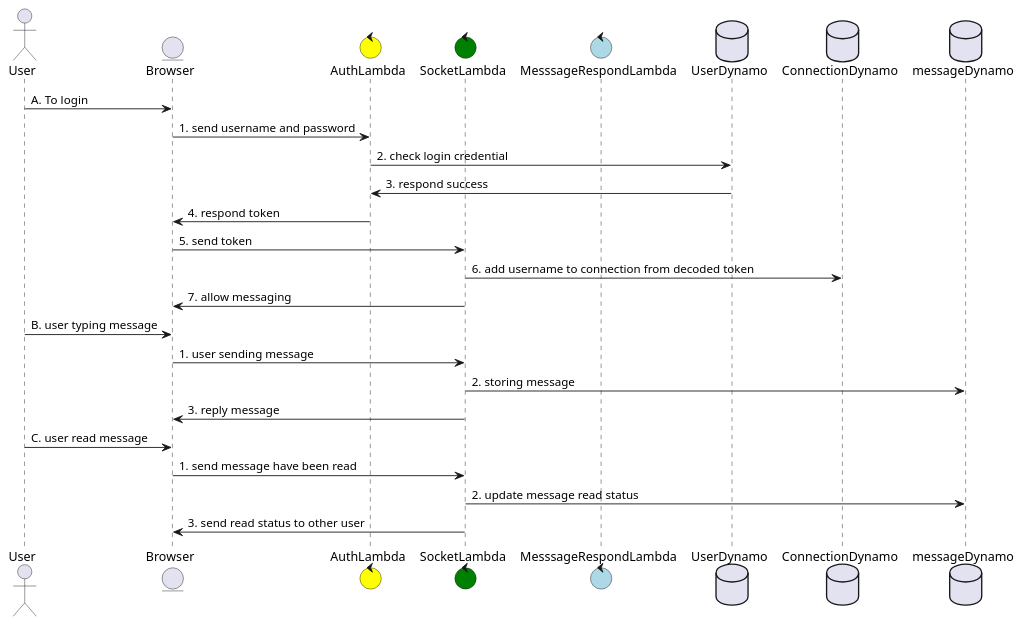
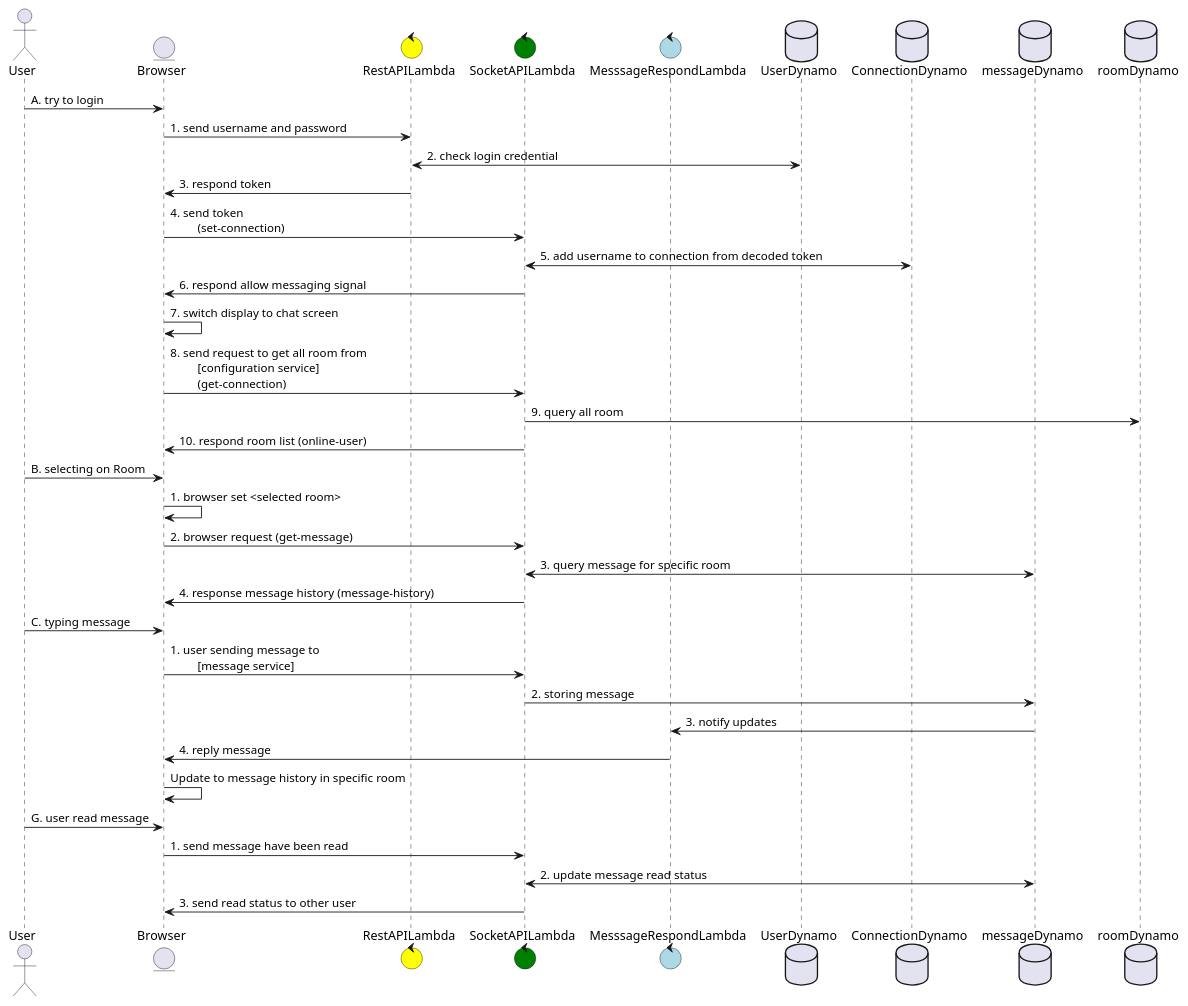
Before and after one commit to voathnak/test-websocket-react-app: the diagram in documentations/sequence.plantuml, drawn with PlantUML.

```diff
--- a/documentations/sequence.plantuml
+++ b/documentations/sequence.plantuml
@@ -1,30 +1,45 @@
 @startuml
 '!theme spacelab
 actor       User
 Entity     Browser
-control     AuthLambda #yellow
-control     SocketLambda #green
+control     RestAPILambda #yellow
+control     SocketAPILambda #green
 control     MesssageRespondLambda #lightblue
 database    UserDynamo
 database    ConnectionDynamo
 database    messageDynamo
+database    roomDynamo
 
-User -> Browser : A. To login
-Browser -> AuthLambda : 1. send username and password
-AuthLambda -> UserDynamo: 2. check login credential
-'UserDynamo --> AuthLambda: respond failed
-UserDynamo -> AuthLambda: 3. respond success
-'AuthLambda --> Browser: respond 401
-AuthLambda -> Browser: 4. respond token
-Browser -> SocketLambda: 5. send token
-SocketLambda -> ConnectionDynamo : 6. add username to connection from decoded token
-SocketLambda -> Browser: 7. allow messaging
-User -> Browser: B. user typing message
-Browser -> SocketLambda: 1. user sending message
-SocketLambda -> messageDynamo: 2. storing message
-SocketLambda -> Browser: 3. reply message
-User -> Browser: C. user read message
-Browser -> SocketLambda: 1. send message have been read
-SocketLambda -> messageDynamo: 2. update message read status
-SocketLambda -> Browser: 3. send read status to other user
+User -> Browser : A. try to login
+Browser -> RestAPILambda : 1. send username and password
+RestAPILambda <-> UserDynamo: 2. check login credential
+'RestAPILambda --> Browser: respond 401
+RestAPILambda -> Browser: 3. respond token
+Browser -> SocketAPILambda: 4. send token \n\t (set-connection)
+SocketAPILambda <-> ConnectionDynamo : 5. add username to connection from decoded token
+SocketAPILambda -> Browser: 6. respond allow messaging signal
+
+Browser -> Browser: 7. switch display to chat screen
+Browser -> SocketAPILambda: 8. send request to get all room from \n\t [configuration service] \n\t (get-connection)
+SocketAPILambda -> roomDynamo: 9. query all room
+Browser <- SocketAPILambda: 10. respond room list (online-user)
+
+
+User -> Browser: B. selecting on Room
+Browser -> Browser: 1. browser set <selected room>
+Browser -> SocketAPILambda: 2. browser request (get-message)
+SocketAPILambda <-> messageDynamo: 3. query message for specific room
+Browser <- SocketAPILambda: 4. response message history (message-history)
+
+User -> Browser: C. typing message
+Browser -> SocketAPILambda: 1. user sending message to \n\t [message service]
+SocketAPILambda -> messageDynamo: 2. storing message
+messageDynamo -> MesssageRespondLambda : 3. notify updates
+MesssageRespondLambda -> Browser: 4. reply message
+Browser -> Browser: Update to message history in specific room
+
+User -> Browser: G. user read message
+Browser -> SocketAPILambda: 1. send message have been read
+SocketAPILambda <-> messageDynamo: 2. update message read status
+Browser <- SocketAPILambda: 3. send read status to other user
 @enduml
```
